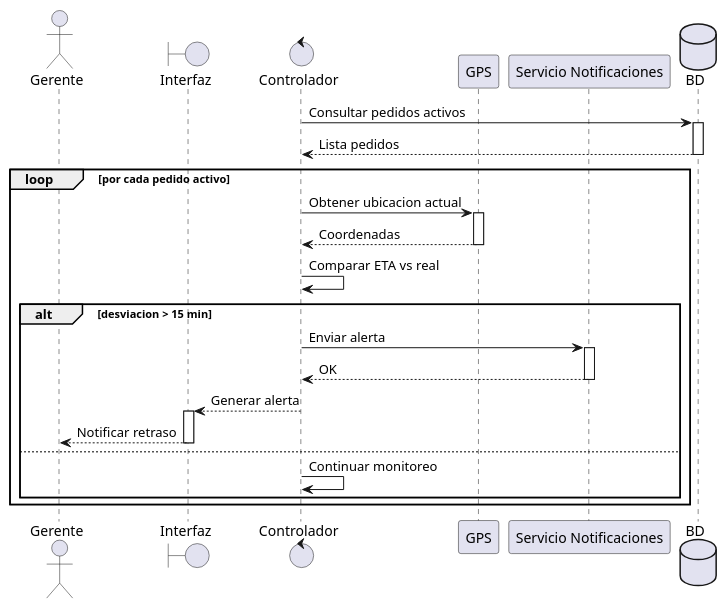
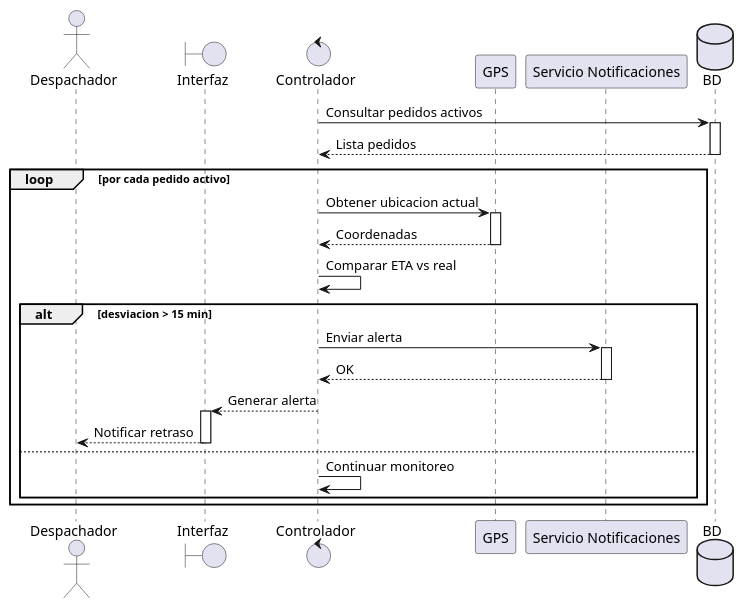
The seventh of 7 diagrams in README.md (saaay13/flashlogistics-pbb), drawn with PlantUML before and after one commit.

Commit message:
Corregir actor HU10 a Despachador

````diff
--- a/README.md
+++ b/README.md
@@ -300,39 +300,39 @@
 ```plantuml
 @startuml
-actor Gerente
+actor Despachador
 boundary Interfaz
 control Controlador
 participant GPS
 participant "Servicio Notificaciones" as NOTIF
 database BD
 
 Controlador -> BD : Consultar pedidos activos
 activate BD
 BD --> Controlador : Lista pedidos
 deactivate BD
 
 loop por cada pedido activo
   Controlador -> GPS : Obtener ubicacion actual
   activate GPS
   GPS --> Controlador : Coordenadas
   deactivate GPS
 
   Controlador -> Controlador : Comparar ETA vs real
 
   alt desviacion > 15 min
     Controlador -> NOTIF : Enviar alerta
     activate NOTIF
     NOTIF --> Controlador : OK
     deactivate NOTIF
 
     Controlador --> Interfaz : Generar alerta
     activate Interfaz
-    Interfaz --> Gerente : Notificar retraso
+    Interfaz --> Despachador : Notificar retraso
     deactivate Interfaz
   else
     Controlador -> Controlador : Continuar monitoreo
   end
 end
 
 @enduml
 ```
````
